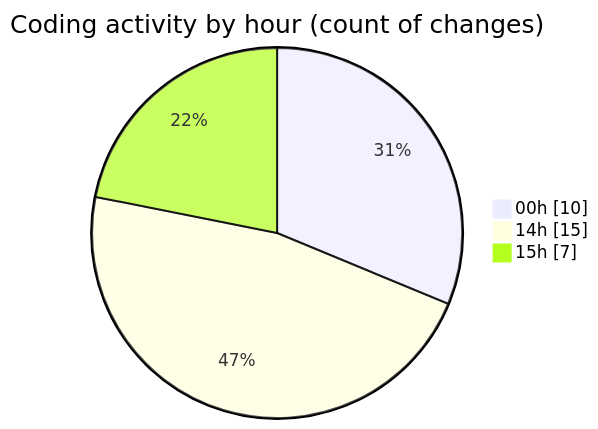
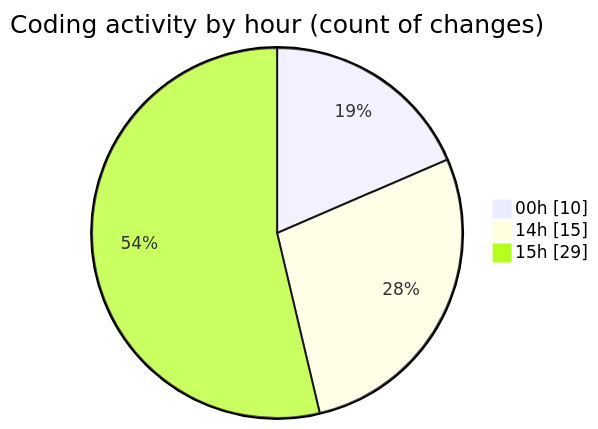
Before and after one commit to Netris89/code-tracking: the second of 2 diagrams in 2025-04-07/echo/README.md, drawn with Mermaid. The commit also changed other lines of this file and 1 other file, not shown here.

````diff
--- a/2025-04-07/echo/README.md
+++ b/2025-04-07/echo/README.md
@@ -35,7 +37,7 @@
 ```mermaid
 pie showData
 title Coding activity by hour (count of changes)
 "00h" : 10
 "14h" : 15
-"15h" : 7
+"15h" : 29
 ```
````
